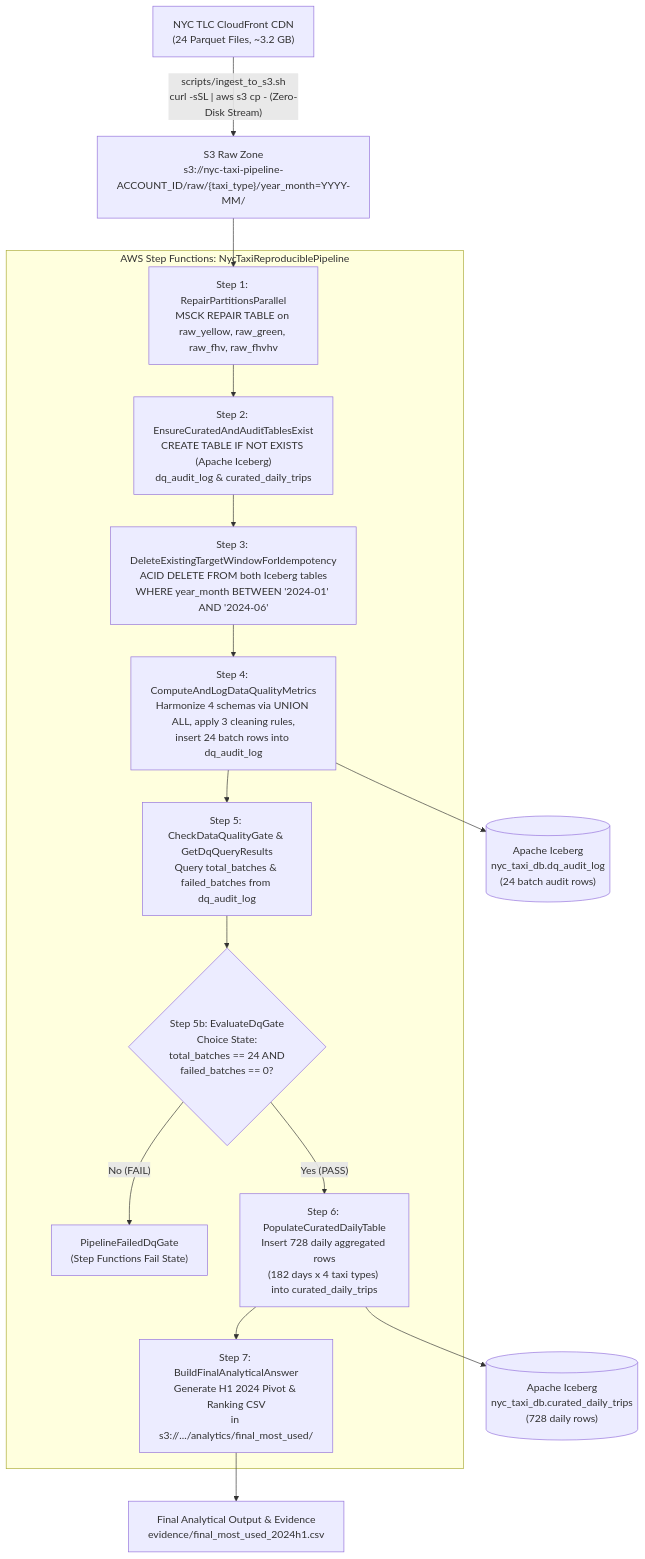
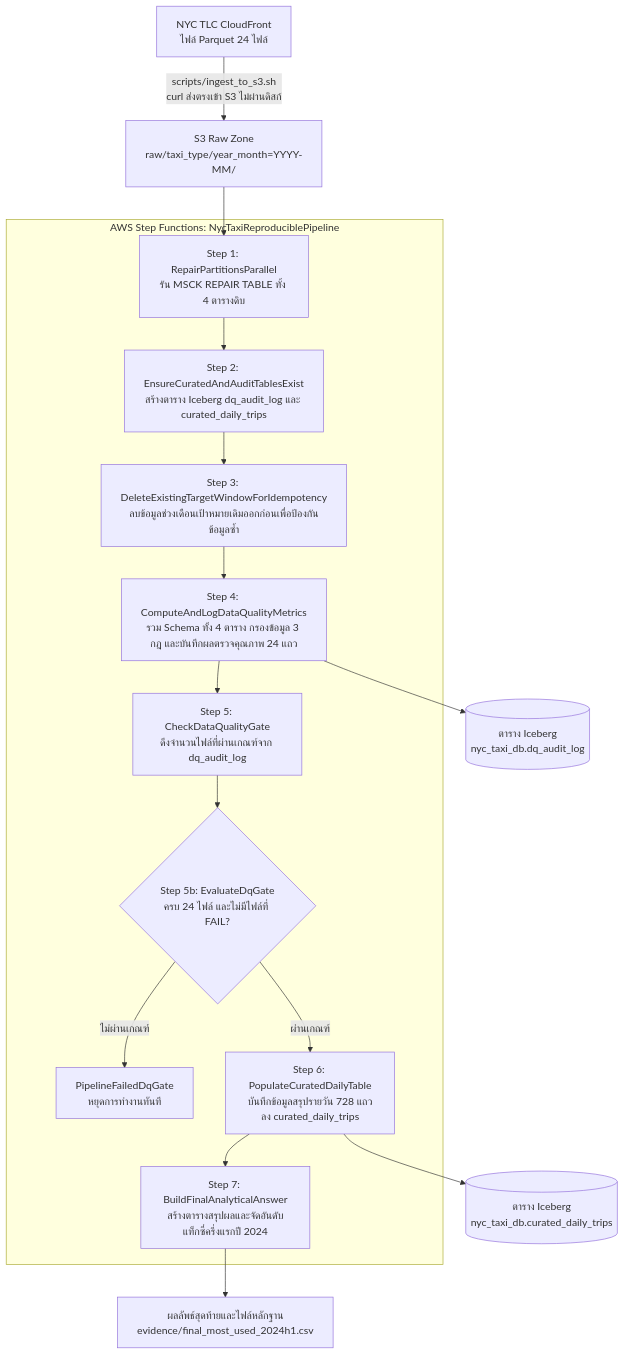
One commit to PhurinKaewpuangsek/Taxianalysis changed the diagram in README.md. Above: the diagram before and after it, drawn with Mermaid. The commit also changed other lines of this file, not shown here.

Commit message:
Rewrite README.md in concise Thai matching all Submission 2 rubric items

````diff
--- a/README.md
+++ b/README.md
@@ -49,25 +38,25 @@
 ```mermaid
 flowchart TD
-    CF["NYC TLC CloudFront CDN\n(24 Parquet Files, ~3.2 GB)"] -->|"scripts/ingest_to_s3.sh\ncurl -sSL | aws s3 cp - (Zero-Disk Stream)"| RAW["S3 Raw Zone\ns3://nyc-taxi-pipeline-ACCOUNT_ID/raw/{taxi_type}/year_month=YYYY-MM/"]
+    CF["NYC TLC CloudFront\nไฟล์ Parquet 24 ไฟล์"] -->|"scripts/ingest_to_s3.sh\ncurl ส่งตรงเข้า S3 ไม่ผ่านดิสก์"| RAW["S3 Raw Zone\nraw/taxi_type/year_month=YYYY-MM/"]
 
     subgraph SFN["AWS Step Functions: NycTaxiReproduciblePipeline"]
-        S1["Step 1: RepairPartitionsParallel\nMSCK REPAIR TABLE on raw_yellow, raw_green, raw_fhv, raw_fhvhv"]
-        S2["Step 2: EnsureCuratedAndAuditTablesExist\nCREATE TABLE IF NOT EXISTS (Apache Iceberg)\ndq_audit_log & curated_daily_trips"]
-        S3["Step 3: DeleteExistingTargetWindowForIdempotency\nACID DELETE FROM both Iceberg tables\nWHERE year_month BETWEEN '2024-01' AND '2024-06'"]
-        S4["Step 4: ComputeAndLogDataQualityMetrics\nHarmonize 4 schemas via UNION ALL, apply 3 cleaning rules,\ninsert 24 batch rows into dq_audit_log"]
-        S5["Step 5: CheckDataQualityGate & GetDqQueryResults\nQuery total_batches & failed_batches from dq_audit_log"]
-        S6{"Step 5b: EvaluateDqGate\nChoice State:\ntotal_batches == 24 AND\nfailed_batches == 0?"}
-        FAIL["PipelineFailedDqGate\n(Step Functions Fail State)"]
-        S7["Step 6: PopulateCuratedDailyTable\nInsert 728 daily aggregated rows\n(182 days x 4 taxi types) into curated_daily_trips"]
-        S8["Step 7: BuildFinalAnalyticalAnswer\nGenerate H1 2024 Pivot & Ranking CSV\nin s3://.../analytics/final_most_used/"]
+        S1["Step 1: RepairPartitionsParallel\nรัน MSCK REPAIR TABLE ทั้ง 4 ตารางดิบ"]
+        S2["Step 2: EnsureCuratedAndAuditTablesExist\nสร้างตาราง Iceberg dq_audit_log และ curated_daily_trips"]
+        S3["Step 3: DeleteExistingTargetWindowForIdempotency\nลบข้อมูลช่วงเดือนเป้าหมายเดิมออกก่อนเพื่อป้องกันข้อมูลซ้ำ"]
+        S4["Step 4: ComputeAndLogDataQualityMetrics\nรวม Schema ทั้ง 4 ตาราง กรองข้อมูล 3 กฎ และบันทึกผลตรวจคุณภาพ 24 แถว"]
+        S5["Step 5: CheckDataQualityGate\nดึงจำนวนไฟล์ที่ผ่านเกณฑ์จาก dq_audit_log"]
+        S6{"Step 5b: EvaluateDqGate\nครบ 24 ไฟล์ และไม่มีไฟล์ที่ FAIL?"}
+        FAIL["PipelineFailedDqGate\nหยุดการทำงานทันที"]
+        S7["Step 6: PopulateCuratedDailyTable\nบันทึกข้อมูลสรุปรายวัน 728 แถวลง curated_daily_trips"]
+        S8["Step 7: BuildFinalAnalyticalAnswer\nสร้างตารางสรุปผลและจัดอันดับแท็กซี่ครึ่งแรกปี 2024"]
 
         S1 --> S2 --> S3 --> S4 --> S5 --> S6
-        S6 -- "Yes (PASS)" --> S7 --> S8
-        S6 -- "No (FAIL)" --> FAIL
+        S6 -- "ผ่านเกณฑ์" --> S7 --> S8
+        S6 -- "ไม่ผ่านเกณฑ์" --> FAIL
     end
 
     RAW --> S1
-    S4 --> ICE_DQ[("Apache Iceberg\nnyc_taxi_db.dq_audit_log\n(24 batch audit rows)")]
-    S7 --> ICE_CUR[("Apache Iceberg\nnyc_taxi_db.curated_daily_trips\n(728 daily rows)")]
-    S8 --> MART["Final Analytical Output & Evidence\nevidence/final_most_used_2024h1.csv"]
+    S4 --> ICE_DQ[("ตาราง Iceberg\nnyc_taxi_db.dq_audit_log")]
+    S7 --> ICE_CUR[("ตาราง Iceberg\nnyc_taxi_db.curated_daily_trips")]
+    S8 --> MART["ผลลัพธ์สุดท้ายและไฟล์หลักฐาน\nevidence/final_most_used_2024h1.csv"]
 ```
````
